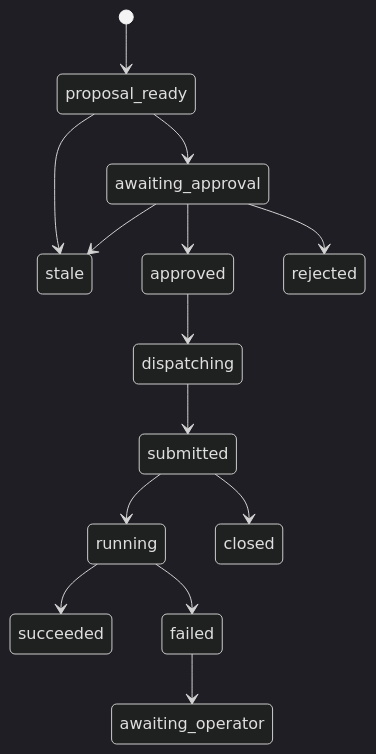
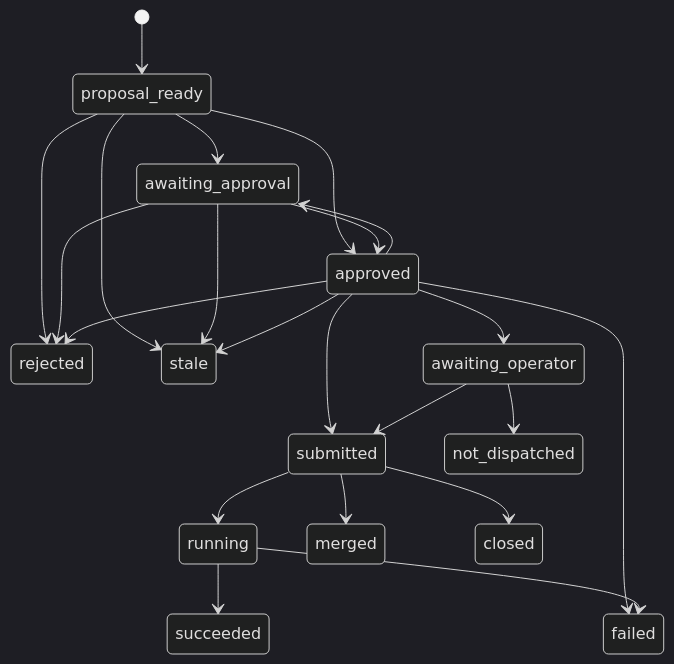
One commit to redhat-openshift-partner-labs/aura changed the diagram in docs/plans/06-phase-3-approved-execution.md. Above: the diagram before and after it, drawn with Mermaid (dark theme). The commit also changed other lines of this file and 6 other files, not shown here.

````diff
--- a/docs/plans/06-phase-3-approved-execution.md
+++ b/docs/plans/06-phase-3-approved-execution.md
@@ -134,16 +97,24 @@
 ```mermaid
 stateDiagram-v2
   [*] --> proposal_ready
   proposal_ready --> awaiting_approval
+  proposal_ready --> approved
+  proposal_ready --> rejected
   proposal_ready --> stale
   awaiting_approval --> approved
   awaiting_approval --> rejected
   awaiting_approval --> stale
-  approved --> dispatching
-  dispatching --> submitted
+  approved --> awaiting_approval
+  approved --> rejected
+  approved --> stale
+  approved --> awaiting_operator
+  approved --> submitted
+  approved --> failed
+  awaiting_operator --> submitted
+  awaiting_operator --> not_dispatched
   submitted --> running
+  submitted --> merged
   submitted --> closed
   running --> succeeded
   running --> failed
-  failed --> awaiting_operator
 ```
````
